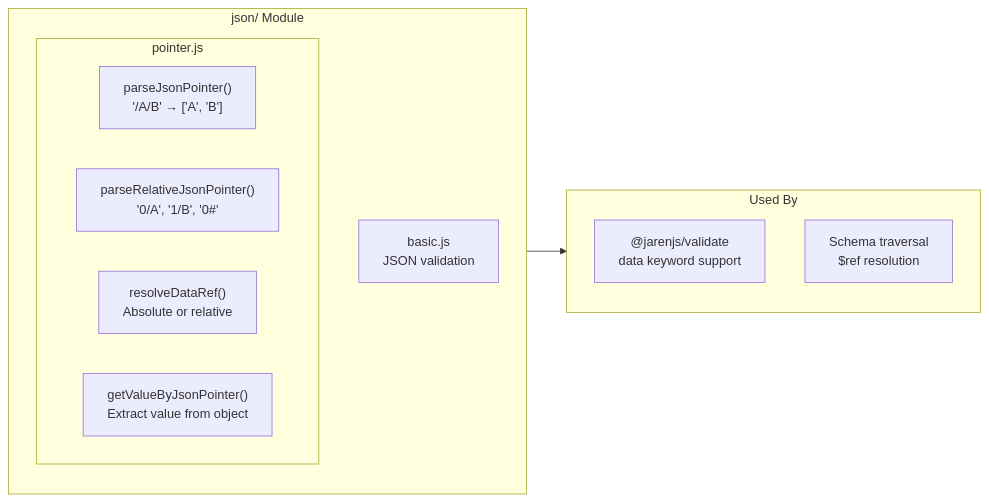
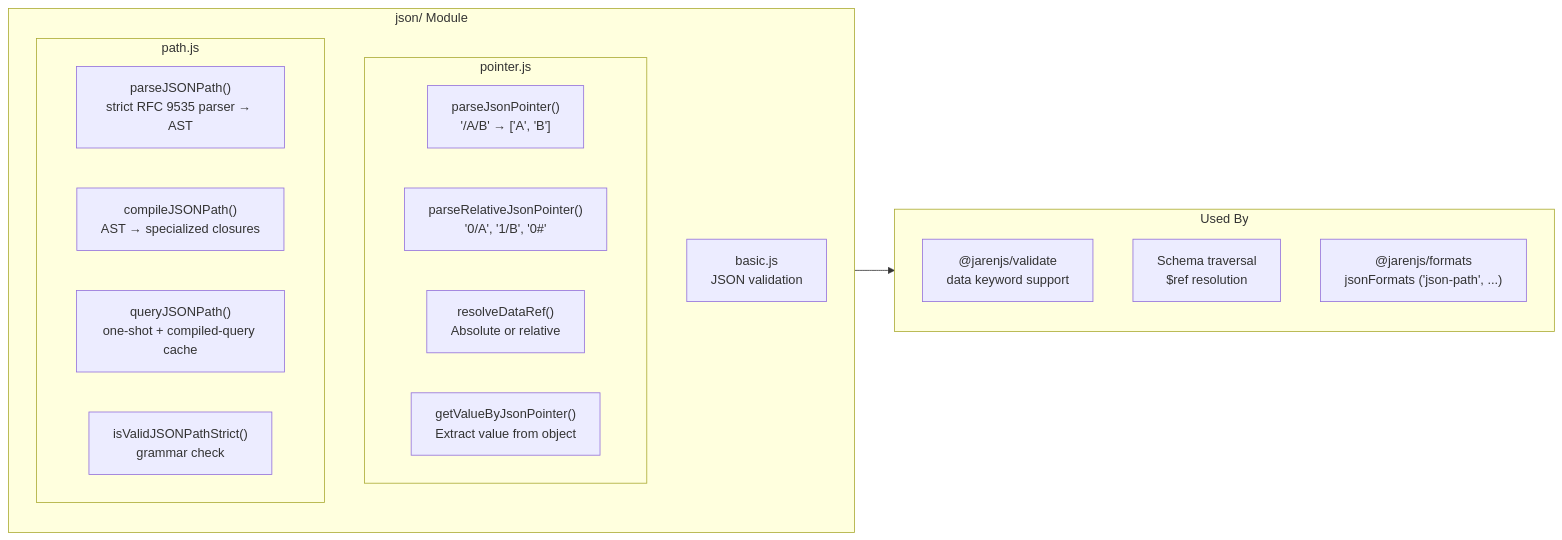
The tenth of 13 diagrams in packages/core/ARCHITECTURE.md (jklarenbeek/jarenjs), drawn with Mermaid before and after one commit. The commit also changed other lines of this file and 1 other file, not shown here.

Commit message:
Updated documentation for the @jarenjs/core package

````diff
--- a/packages/core/ARCHITECTURE.md
+++ b/packages/core/ARCHITECTURE.md
@@ -599,20 +600,28 @@
 ```mermaid
 flowchart LR
     subgraph JSONModule["json/ Module"]
         Basic["basic.js<br/>JSON validation"]
 
         subgraph Pointer["pointer.js"]
             Parse["parseJsonPointer()<br/>'/A/B' → ['A', 'B']"]
             Relative["parseRelativeJsonPointer()<br/>'0/A', '1/B', '0#'"]
             Resolve["resolveDataRef()<br/>Absolute or relative"]
             GetValue["getValueByJsonPointer()<br/>Extract value from object"]
         end
+
+        subgraph Path["path.js"]
+            PathParse["parseJSONPath()<br/>strict RFC 9535 parser → AST"]
+            PathCompile["compileJSONPath()<br/>AST → specialized closures"]
+            PathQuery["queryJSONPath()<br/>one-shot + compiled-query cache"]
+            PathValid["isValidJSONPathStrict()<br/>grammar check"]
+        end
     end
 
     subgraph Usage["Used By"]
         Validate["@jarenjs/validate<br/>data keyword support"]
         Traverse["Schema traversal<br/>$ref resolution"]
+        Formats["@jarenjs/formats<br/>jsonFormats ('json-path', ...)"]
     end
 
     JSONModule --> Usage
 ```
````
